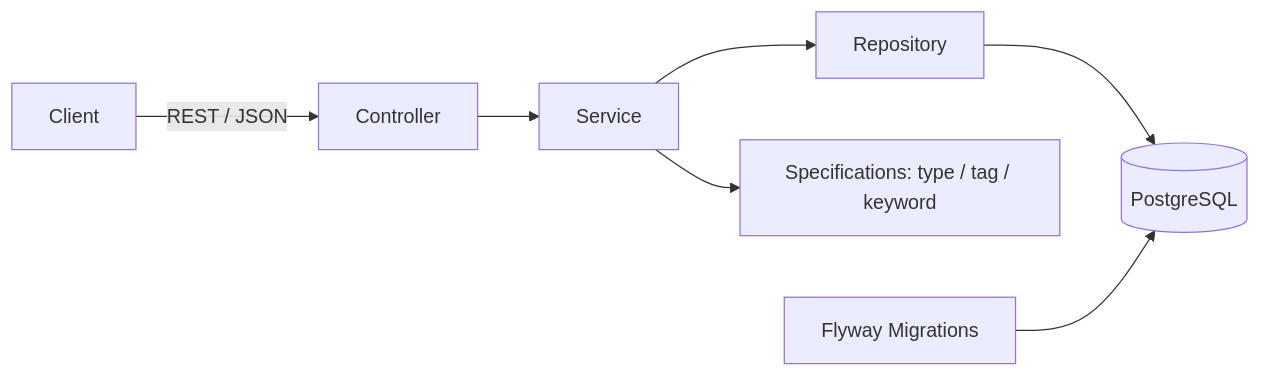
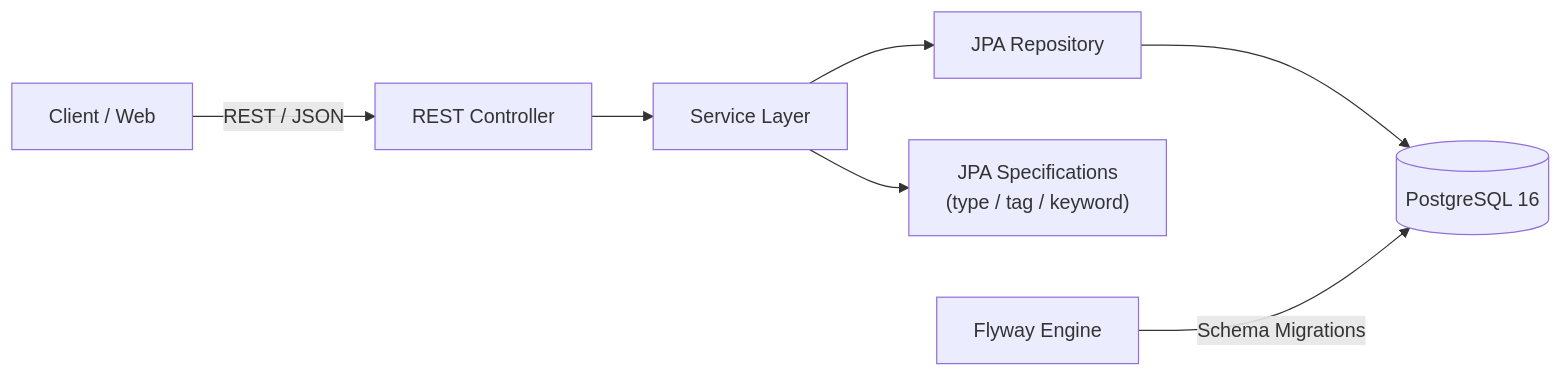
One commit to kunalbuilds-git/DevelopersHub changed the diagram in README.md. Above: the diagram before and after it, drawn with Mermaid. The commit also changed other lines of this file, not shown here.

````diff
--- a/README.md
+++ b/README.md
@@ -40,9 +83,9 @@
 ```mermaid
 flowchart LR
-    Client -->|REST / JSON| Controller
-    Controller --> Service
-    Service --> Repository
-    Service --> Spec["Specifications: type / tag / keyword"]
-    Repository --> DB[(PostgreSQL)]
-    Flyway["Flyway Migrations"] --> DB
+    Client["Client / Web"] -->|REST / JSON| Controller["REST Controller"]
+    Controller --> Service["Service Layer"]
+    Service --> Repository["JPA Repository"]
+    Service --> Spec["JPA Specifications\n(type / tag / keyword)"]
+    Repository --> DB[(PostgreSQL 16)]
+    Flyway["Flyway Engine"] -->|Schema Migrations| DB
 ```
````
